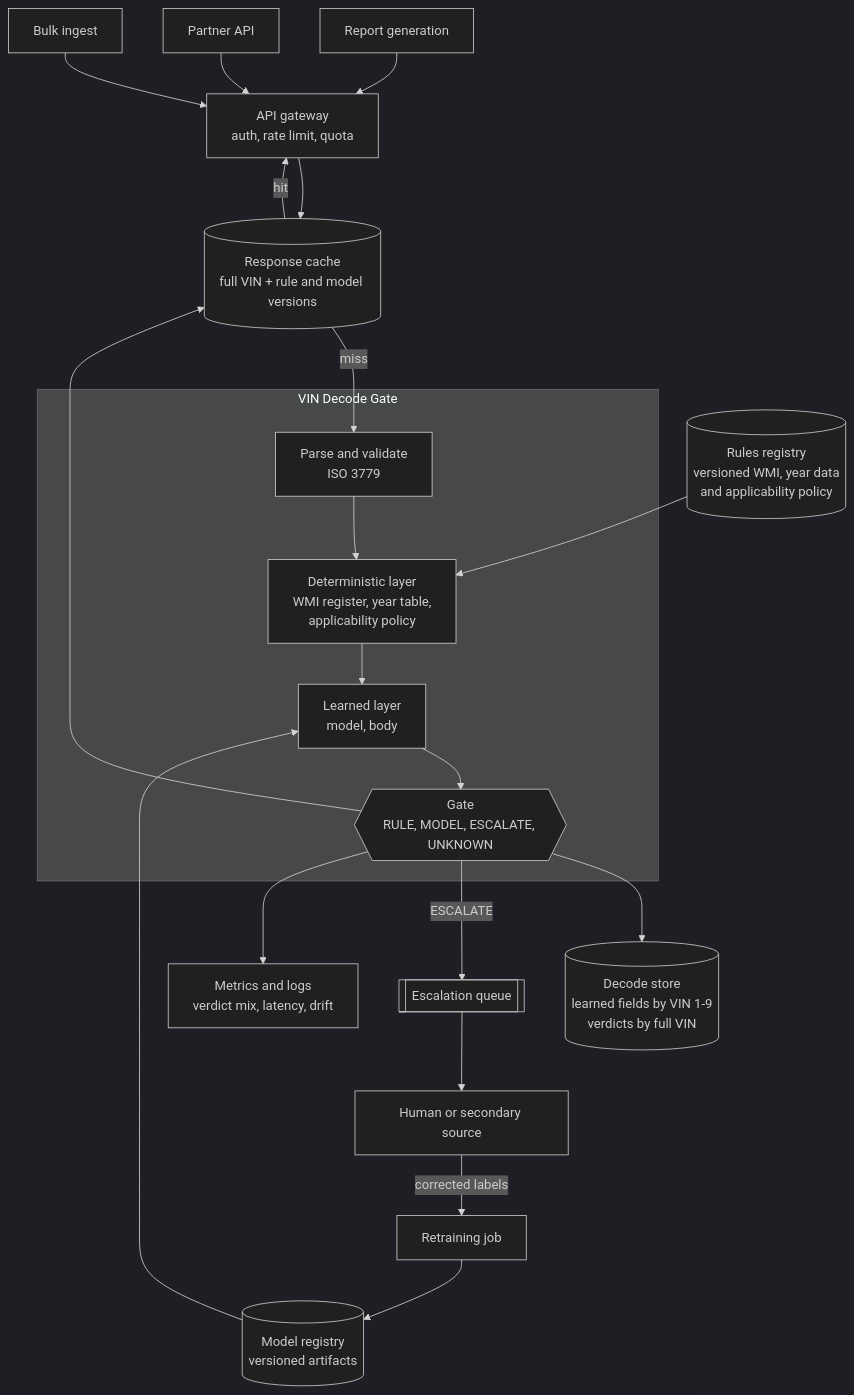
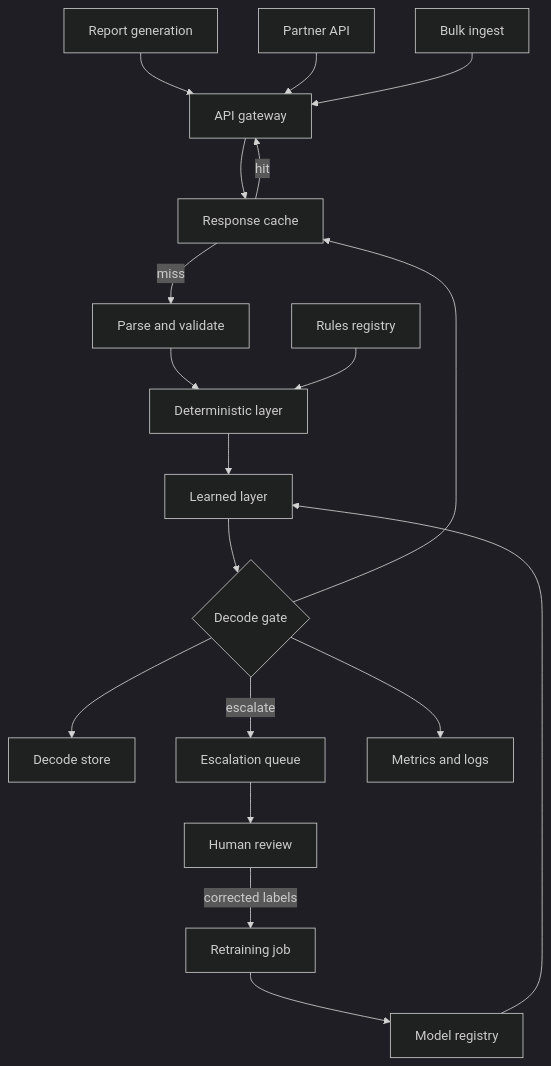
One commit to mikko-lab/vin-decode-gate changed the diagram in docs/ARCHITECTURE.md. Above: the diagram before and after it, drawn with Mermaid (dark theme).

Commit message:
Simplify Mermaid diagram syntax

````diff
--- a/docs/ARCHITECTURE.md
+++ b/docs/ARCHITECTURE.md
@@ -7,41 +7,38 @@
 ```mermaid
 flowchart TB
-    WEB["Report generation"]
-    API_C["Partner API"]
-    BATCH["Bulk ingest"]
-
-    GW["API gateway<br/>auth, rate limit, quota"]
-    CACHE[("Response cache<br/>full VIN + rule and model versions")]
-
-    subgraph svc["VIN Decode Gate"]
-        PARSE["Parse and validate<br/>ISO 3779"]
-        RULES["Deterministic layer<br/>WMI register, year table,<br/>applicability policy"]
-        ML["Learned layer<br/>model, body"]
-        GATE{{"Gate<br/>RULE, MODEL, ESCALATE, UNKNOWN"}}
-        PARSE --> RULES --> ML --> GATE
-    end
-
-    STORE[("Decode store<br/>learned fields by VIN 1-9<br/>verdicts by full VIN")]
-    QUEUE[["Escalation queue"]]
-    REVIEW["Human or secondary source"]
-    TRAIN["Retraining job"]
-    REG[("Rules registry<br/>versioned WMI, year data<br/>and applicability policy")]
-    ART[("Model registry<br/>versioned artifacts")]
-    OBS["Metrics and logs<br/>verdict mix, latency, drift"]
+    WEB[Report generation]
+    API_C[Partner API]
+    BATCH[Bulk ingest]
+    GW[API gateway]
+    CACHE[Response cache]
+    PARSE[Parse and validate]
+    RULES[Deterministic layer]
+    ML[Learned layer]
+    GATE{Decode gate}
+    STORE[Decode store]
+    QUEUE[Escalation queue]
+    REVIEW[Human review]
+    TRAIN[Retraining job]
+    REG[Rules registry]
+    ART[Model registry]
+    OBS[Metrics and logs]
 
     WEB --> GW
     API_C --> GW
     BATCH --> GW
     GW --> CACHE
     CACHE -->|miss| PARSE
     CACHE -->|hit| GW
+    PARSE --> RULES
+    RULES --> ML
+    ML --> GATE
     GATE --> STORE
     GATE --> CACHE
-    GATE -->|ESCALATE| QUEUE
+    GATE -->|escalate| QUEUE
     QUEUE --> REVIEW
     REVIEW -->|corrected labels| TRAIN
     TRAIN --> ART
     ART --> ML
     REG --> RULES
     GATE --> OBS
 ```
````
